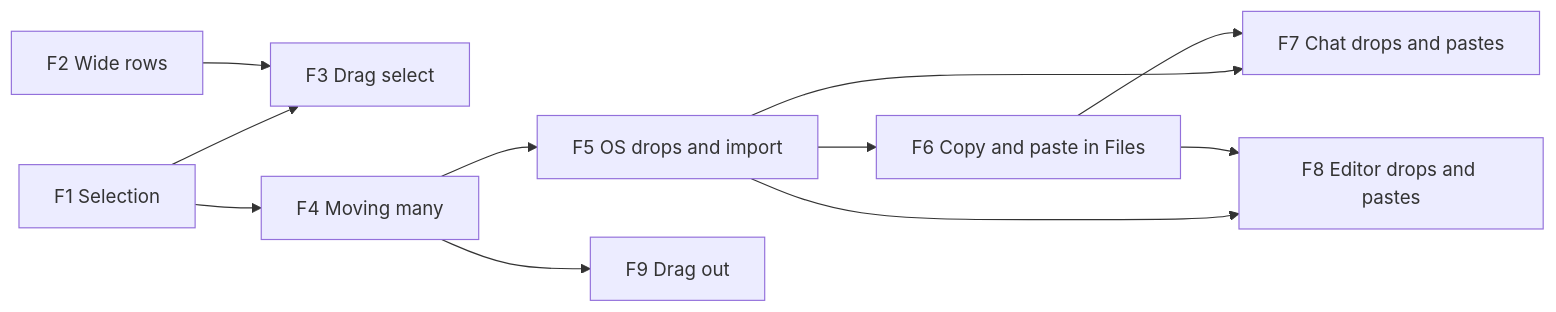
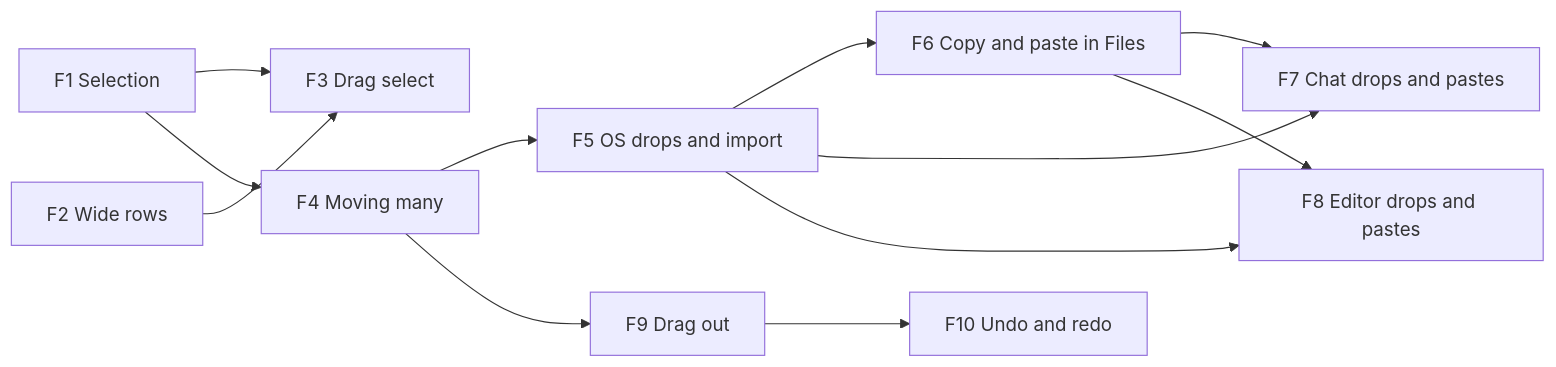
Before and after one commit to CTRL-Neo-Studios/vertex: the diagram in File Explorer Plan.md, drawn with Mermaid. The commit also changed other lines of this file, not shown here.

First line of the commit message:
docs(files): plan undo and redo and trash-backed deletes

````diff
--- a/File Explorer Plan.md
+++ b/File Explorer Plan.md
@@ -49,13 +52,14 @@
 ```mermaid
 flowchart LR
   F1[F1 Selection] --> F3[F3 Drag select]
   F2[F2 Wide rows] --> F3
   F1 --> F4[F4 Moving many]
   F4 --> F5[F5 OS drops and import]
   F5 --> F6[F6 Copy and paste in Files]
   F5 --> F7[F7 Chat drops and pastes]
   F5 --> F8[F8 Editor drops and pastes]
   F6 --> F7
   F6 --> F8
   F4 --> F9[F9 Drag out]
+  F9 --> F10[F10 Undo and redo]
 ```
````
